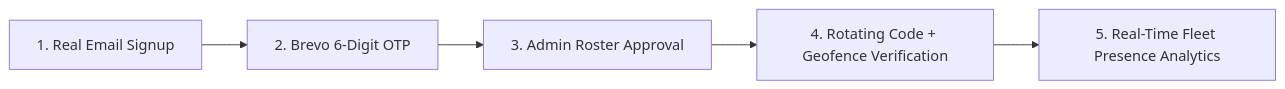
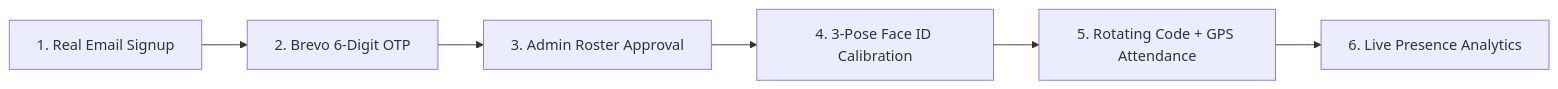
The second of 2 diagrams in README.md (Tharun4743/Bus-attendance), drawn with Mermaid before and after one commit. The commit also changed other lines of this file, not shown here.

````diff
--- a/README.md
+++ b/README.md
@@ -73,7 +77,8 @@
 ```mermaid
 flowchart LR
     A["1. Real Email Signup"] --> B["2. Brevo 6-Digit OTP"]
     B --> C["3. Admin Roster Approval"]
-    C --> D["4. Rotating Code + Geofence Verification"]
-    D --> E["5. Real-Time Fleet Presence Analytics"]
+    C --> D["4. 3-Pose Face ID Calibration"]
+    D --> E["5. Rotating Code + GPS Attendance"]
+    E --> F["6. Live Presence Analytics"]
 ```
````
